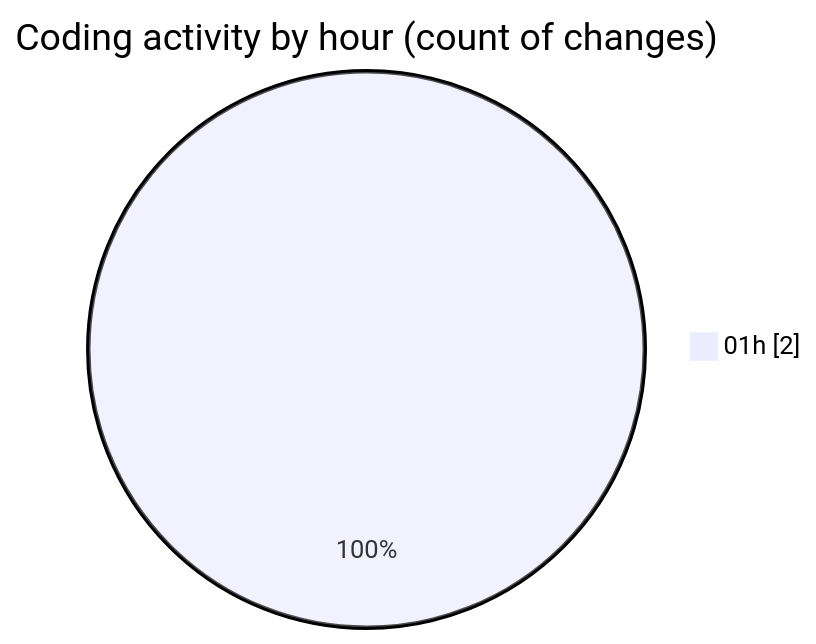
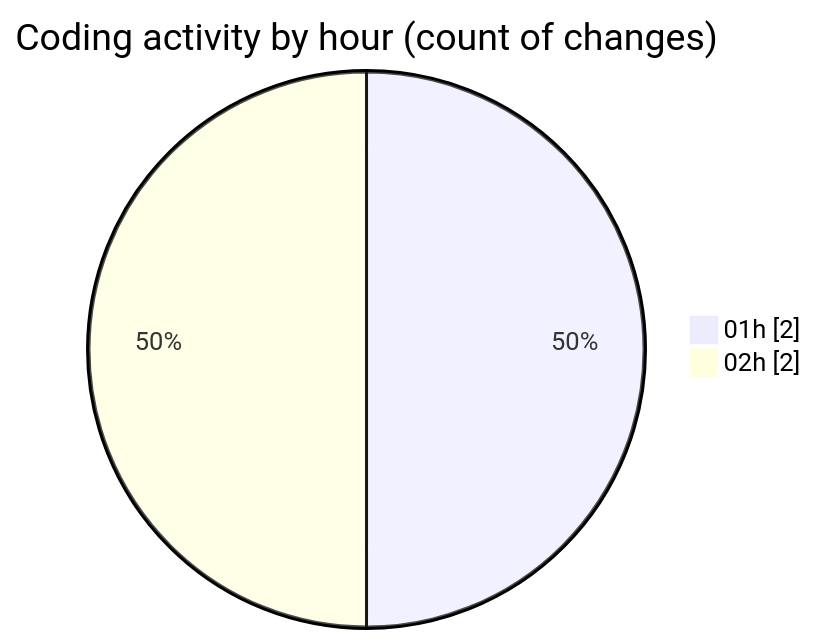
Before and after one commit to tmsrecording-cyber/code-tracking: the second of 2 diagrams in 2026-02-05/singularitybrainai/README.md, drawn with Mermaid. The commit also changed other lines of this file and 1 other file, not shown here.

````diff
--- a/2026-02-05/singularitybrainai/README.md
+++ b/2026-02-05/singularitybrainai/README.md
@@ -28,5 +28,6 @@
 ```mermaid
 pie showData
 title Coding activity by hour (count of changes)
 "01h" : 2
+"02h" : 2
 ```
````
